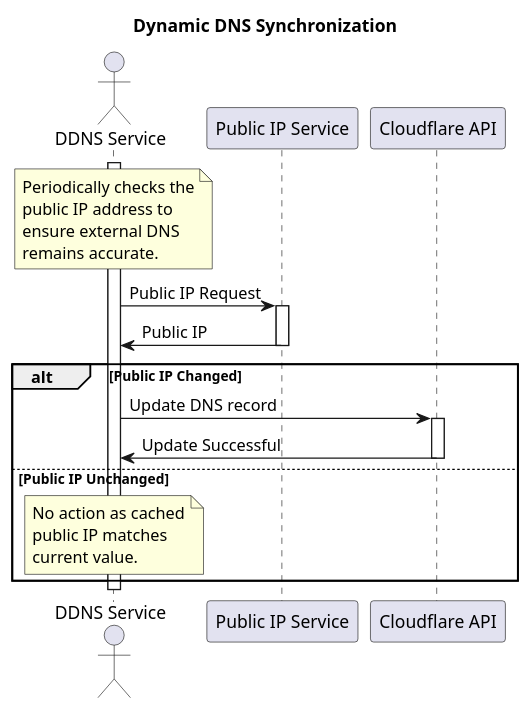
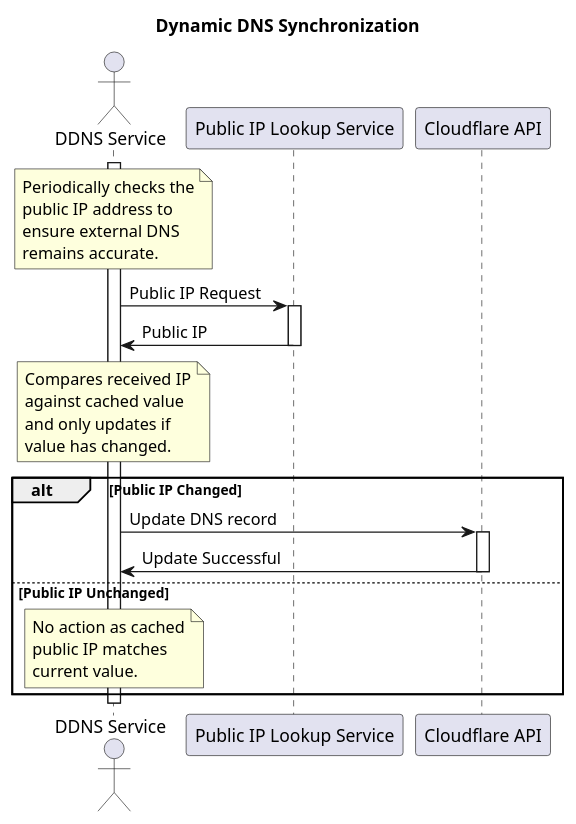
Before and after one commit to mathat13/public-files: the diagram in knowledge-base/projects/ddns/design/diagrams/synchronization_lifecycle.puml, drawn with PlantUML. The commit also changed 15 other files, not shown here.

```diff
--- a/knowledge-base/projects/ddns/design/diagrams/synchronization_lifecycle.puml
+++ b/knowledge-base/projects/ddns/design/diagrams/synchronization_lifecycle.puml
@@ -1,44 +1,51 @@
 @startuml synchronization_lifecycle
 title Dynamic DNS Synchronization
 
 actor "DDNS Service" as service
 
 note over service
 Periodically checks the
 public IP address to
 ensure external DNS
 remains accurate.
 end note
 
-participant "Public IP Service" as website
+participant "Public IP Lookup Service" as website
 participant "Cloudflare API" as api
 
 activate service
 service -> website : Public IP Request
 activate website
 
 website -> service : Public IP
 deactivate website
+
+note over service
+Compares received IP
+against cached value 
+and only updates if 
+value has changed.
+end note
 
 alt Public IP Changed
 
     
     service -> api : Update DNS record
     activate api
 
     api -> service: Update Successful
     deactivate api
 
 else Public IP Unchanged
     
     note over service
     No action as cached
     public IP matches
     current value.
     end note
 
 end
 
 deactivate service
 
 @enduml
```
